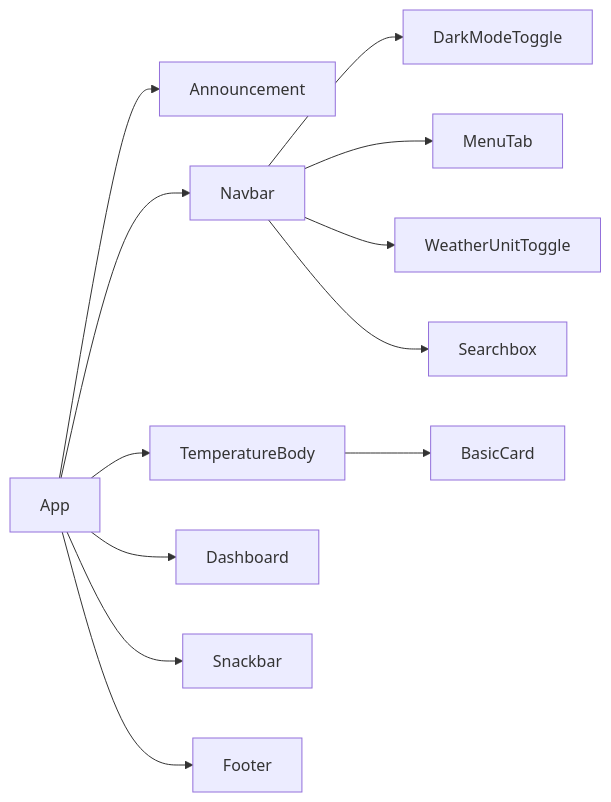
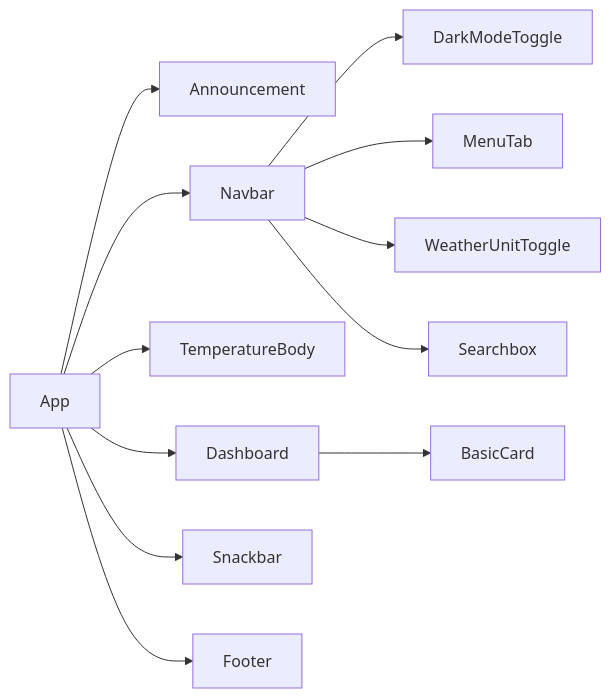
One commit to sagelga/react-weather-app changed the diagram in README.md. Above: the diagram before and after it, drawn with Mermaid. The commit also changed other lines of this file, not shown here.

````diff
--- a/README.md
+++ b/README.md
@@ -36,15 +36,15 @@
 ```mermaid
 graph LR
     App --> Announcement
     App --> Navbar
     Navbar --> DarkModeToggle
     Navbar --> MenuTab
     Navbar --> WeatherUnitToggle
     Navbar --> Searchbox
     App --> TemperatureBody
-    TemperatureBody --> BasicCard
     App --> Dashboard
+    Dashboard --> BasicCard
     App --> Snackbar
     App --> Footer
 
 ```
````
